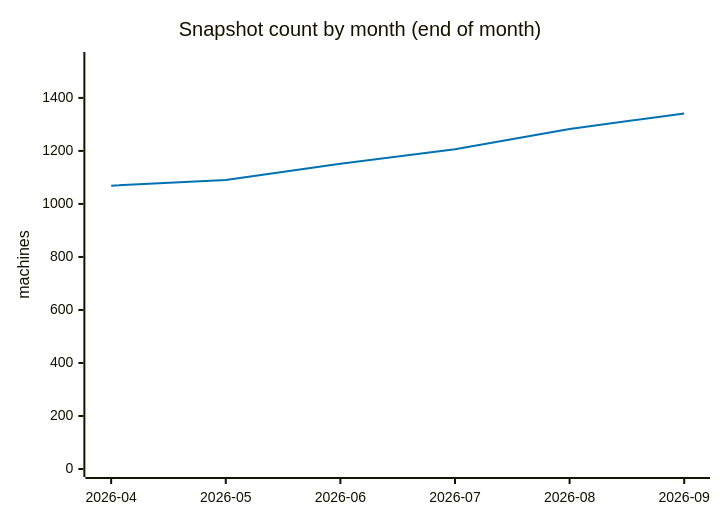
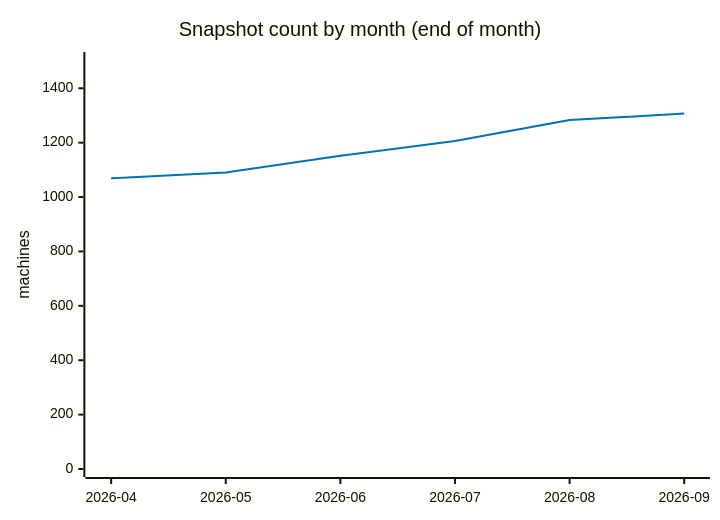
One commit to cheeaun/returnright-data changed the sixth of 7 diagrams in ANALYSIS.md. Above: the diagram before and after it, drawn with Mermaid. The commit also changed other lines of this file and 3 other files, not shown here.

````diff
--- a/ANALYSIS.md
+++ b/ANALYSIS.md
@@ -291,13 +292,13 @@
 ```mermaid
 ---
 config:
   themeVariables:
     xyChart:
       plotColorPalette: "#0072B2"
 ---
 xychart-beta
     title "Snapshot count by month (end of month)"
     x-axis ["2026-04", "2026-05", "2026-06", "2026-07", "2026-08", "2026-09"]
-    y-axis "machines" 0 --> 1543
-    line [1069, 1090, 1152, 1206, 1283, 1341]
+    y-axis "machines" 0 --> 1504
+    line [1069, 1090, 1152, 1206, 1283, 1307]
 ```
````
